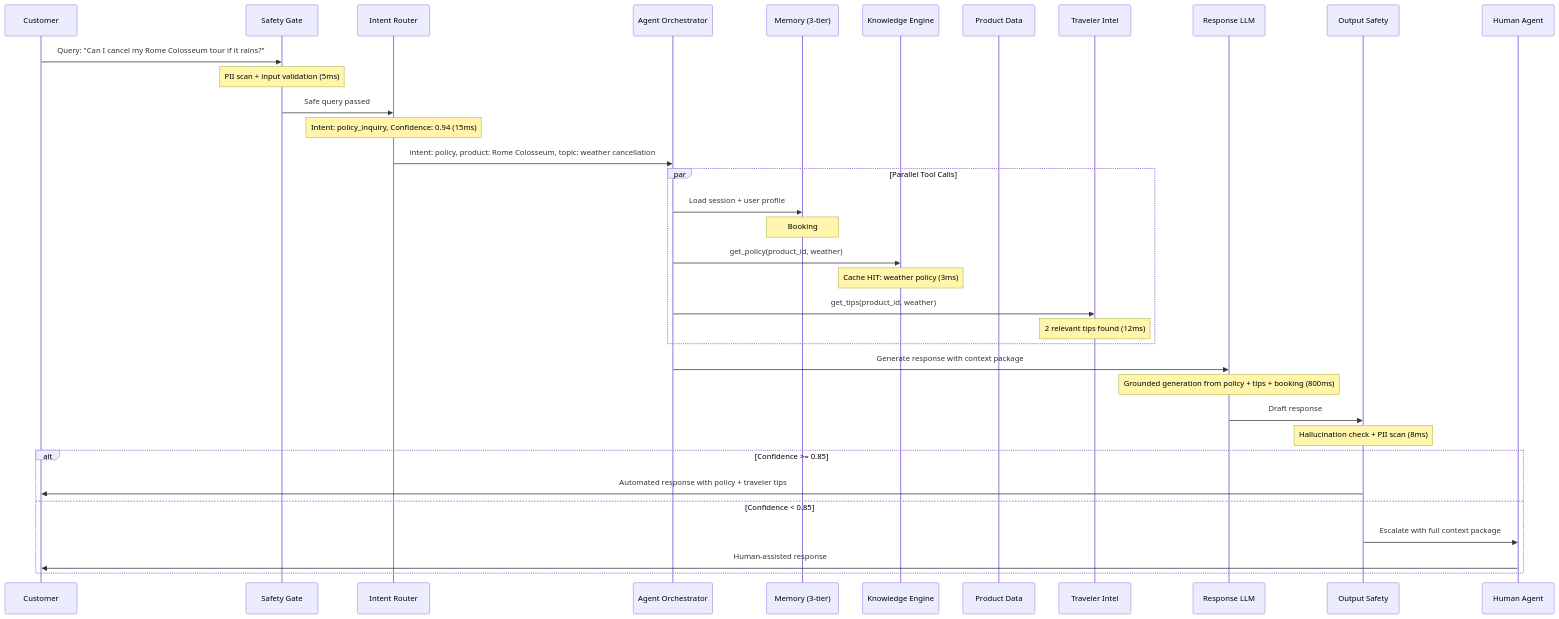
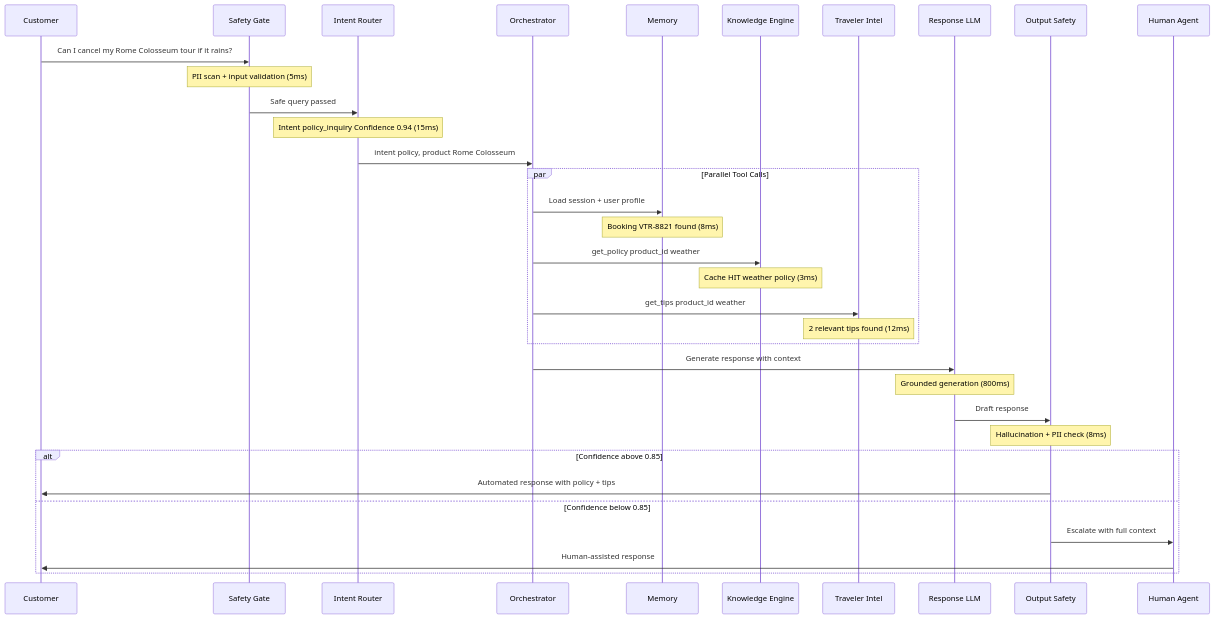
The third of 3 diagrams in _portfolio/portfolio-2.md (snehalnair/snehalnair.github.io), drawn with Mermaid before and after one commit. The commit also changed other lines of this file and 1 other file, not shown here.

First line of the commit message:
Fix Mermaid diagrams: use fenced code blocks with runtime conversion

````diff
--- a/_portfolio/portfolio-2.md
+++ b/_portfolio/portfolio-2.md
@@ -176,42 +176,41 @@
-<pre class="mermaid">
+```mermaid
 sequenceDiagram
     participant C as Customer
     participant SG as Safety Gate
     participant IR as Intent Router
-    participant AO as Agent Orchestrator
-    participant M as Memory (3-tier)
+    participant AO as Orchestrator
+    participant M as Memory
     participant KE as Knowledge Engine
-    participant PD as Product Data
     participant TI as Traveler Intel
     participant LLM as Response LLM
     participant SG2 as Output Safety
     participant H as Human Agent
 
-    C->>SG: Query: "Can I cancel my Rome Colosseum tour if it rains?"
+    C->>SG: Can I cancel my Rome Colosseum tour if it rains?
     Note over SG: PII scan + input validation (5ms)
     SG->>IR: Safe query passed
-    Note over IR: Intent: policy_inquiry, Confidence: 0.94 (15ms)
-    IR->>AO: intent: policy, product: Rome Colosseum, topic: weather cancellation
+    Note over IR: Intent policy_inquiry Confidence 0.94 (15ms)
+    IR->>AO: intent policy, product Rome Colosseum
 
     par Parallel Tool Calls
         AO->>M: Load session + user profile
-        Note over M: Booking #VTR-8821 found (8ms)
-        AO->>KE: get_policy(product_id, weather)
-        Note over KE: Cache HIT: weather policy (3ms)
-        AO->>TI: get_tips(product_id, weather)
+        Note over M: Booking VTR-8821 found (8ms)
+        AO->>KE: get_policy product_id weather
+        Note over KE: Cache HIT weather policy (3ms)
+        AO->>TI: get_tips product_id weather
         Note over TI: 2 relevant tips found (12ms)
     end
 
-    AO->>LLM: Generate response with context package
-    Note over LLM: Grounded generation from policy + tips + booking (800ms)
+    AO->>LLM: Generate response with context
+    Note over LLM: Grounded generation (800ms)
 
     LLM->>SG2: Draft response
-    Note over SG2: Hallucination check + PII scan (8ms)
+    Note over SG2: Hallucination + PII check (8ms)
 
-    alt Confidence >= 0.85
-        SG2->>C: Automated response with policy + traveler tips
-    else Confidence < 0.85
-        SG2->>H: Escalate with full context package
+    alt Confidence above 0.85
+        SG2->>C: Automated response with policy + tips
+    else Confidence below 0.85
+        SG2->>H: Escalate with full context
         H->>C: Human-assisted response
     end
-</pre>
+```
````
